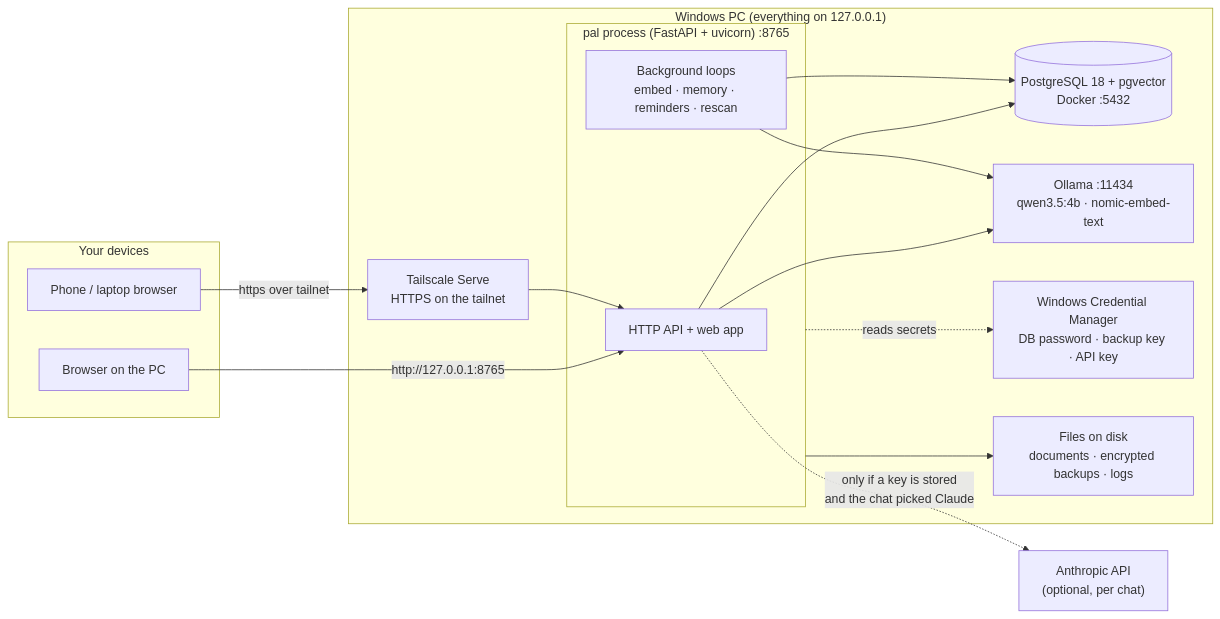
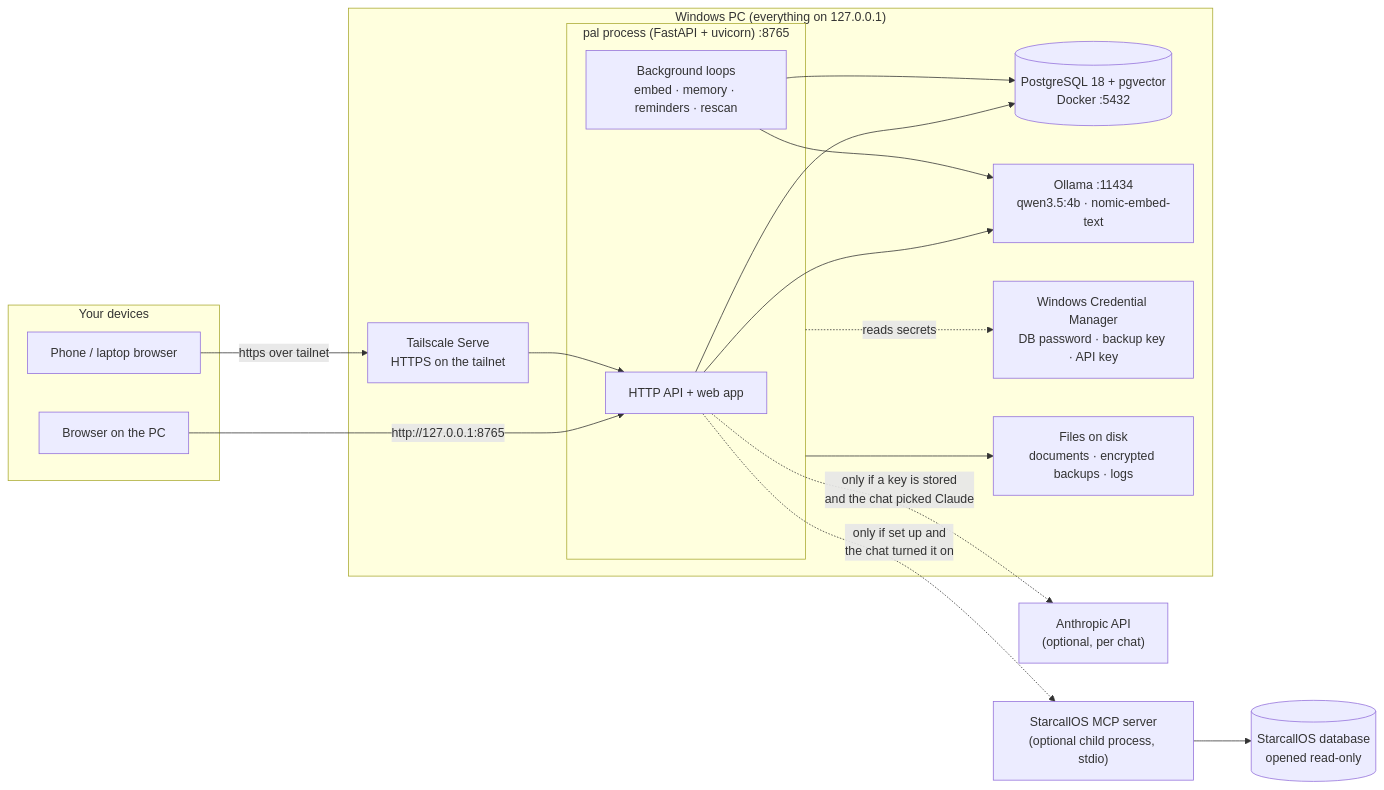
The first of 2 diagrams in ARCHITECTURE.md (ericckzhou/pal), drawn with Mermaid before and after one commit. The commit also changed other lines of this file and 29 other files, not shown here.

First line of the commit message:
StarcallOS library search in chat (read-only MCP client) (#1)

````diff
--- a/ARCHITECTURE.md
+++ b/ARCHITECTURE.md
@@ -11,31 +11,35 @@
 ```mermaid
 flowchart LR
     subgraph Devices["Your devices"]
         B1["Browser on the PC"]
         B2["Phone / laptop browser"]
     end
 
     subgraph PC["Windows PC (everything on 127.0.0.1)"]
         TS["Tailscale Serve<br/>HTTPS on the tailnet"]
         subgraph pal["pal process (FastAPI + uvicorn) :8765"]
             API["HTTP API + web app"]
             BG["Background loops<br/>embed · memory · reminders · rescan"]
         end
         PG[("PostgreSQL 18 + pgvector<br/>Docker :5432")]
         OL["Ollama :11434<br/>qwen3.5:4b · nomic-embed-text"]
         CM["Windows Credential Manager<br/>DB password · backup key · API key"]
         FS["Files on disk<br/>documents · encrypted backups · logs"]
     end
 
+    SC["StarcallOS MCP server<br/>(optional child process, stdio)"]
+    SDB[("StarcallOS database<br/>opened read-only")]
     AN["Anthropic API<br/>(optional, per chat)"]
 
     B1 -- "http://127.0.0.1:8765" --> API
     B2 -- "https over tailnet" --> TS --> API
     API --> PG
     BG --> PG
     API --> OL
     BG --> OL
     pal -. reads secrets .-> CM
     pal --> FS
     API -. "only if a key is stored<br/>and the chat picked Claude" .-> AN
+    API -. "only if set up and<br/>the chat turned it on" .-> SC
+    SC --> SDB
 ```
````
